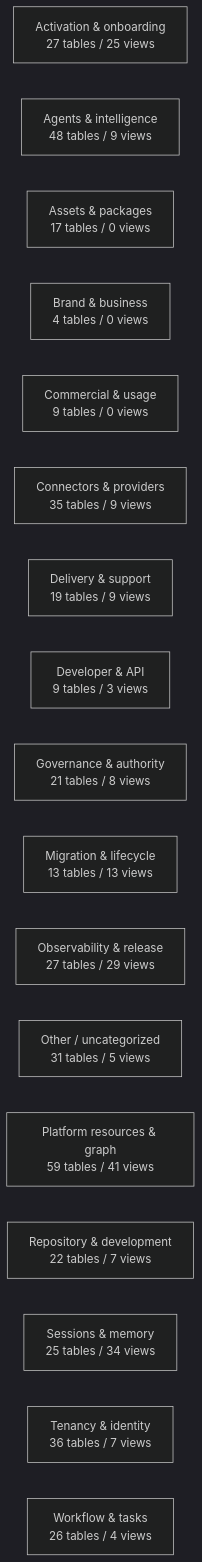
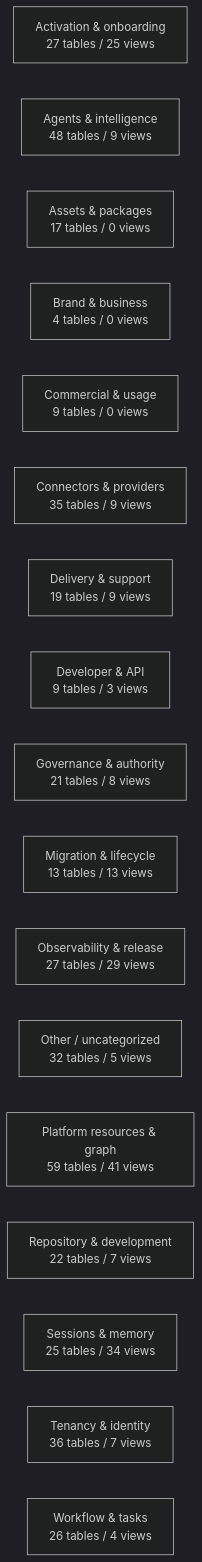
One commit to mad4bdigital-ai/multi-business-multi-role-growth-intelligence-os changed the diagram in docs/work-maps/data-model-domain-map.md. Above: the diagram before and after it, drawn with Mermaid (dark theme). The commit also changed other lines of this file and 13 other files, not shown here.

````diff
--- a/docs/work-maps/data-model-domain-map.md
+++ b/docs/work-maps/data-model-domain-map.md
@@ -9,20 +9,20 @@
 ```mermaid
 flowchart LR
   n_Activation___onboarding["Activation & onboarding<br/>27 tables / 25 views"]
   n_Agents___intelligence["Agents & intelligence<br/>48 tables / 9 views"]
   n_Assets___packages["Assets & packages<br/>17 tables / 0 views"]
   n_Brand___business["Brand & business<br/>4 tables / 0 views"]
   n_Commercial___usage["Commercial & usage<br/>9 tables / 0 views"]
   n_Connectors___providers["Connectors & providers<br/>35 tables / 9 views"]
   n_Delivery___support["Delivery & support<br/>19 tables / 9 views"]
   n_Developer___API["Developer & API<br/>9 tables / 3 views"]
   n_Governance___authority["Governance & authority<br/>21 tables / 8 views"]
   n_Migration___lifecycle["Migration & lifecycle<br/>13 tables / 13 views"]
   n_Observability___release["Observability & release<br/>27 tables / 29 views"]
-  n_Other___uncategorized["Other / uncategorized<br/>31 tables / 5 views"]
+  n_Other___uncategorized["Other / uncategorized<br/>32 tables / 5 views"]
   n_Platform_resources___graph["Platform resources & graph<br/>59 tables / 41 views"]
   n_Repository___development["Repository & development<br/>22 tables / 7 views"]
   n_Sessions___memory["Sessions & memory<br/>25 tables / 34 views"]
   n_Tenancy___identity["Tenancy & identity<br/>36 tables / 7 views"]
   n_Workflow___tasks["Workflow & tasks<br/>26 tables / 4 views"]
 ```
````
